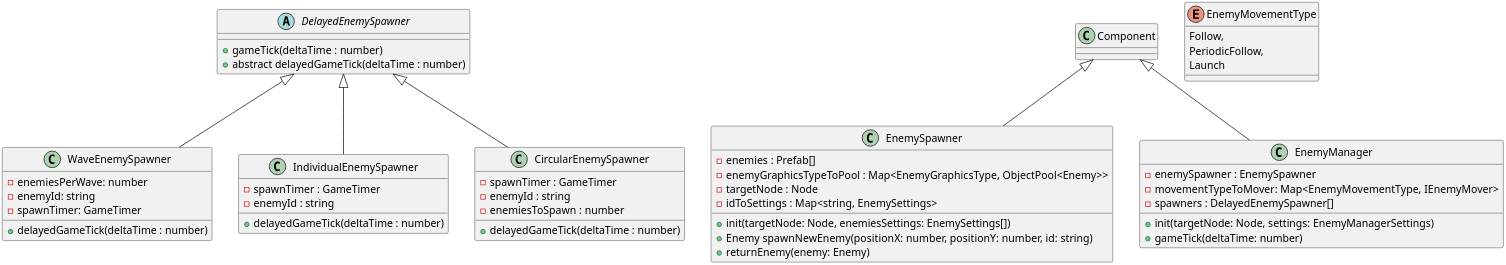
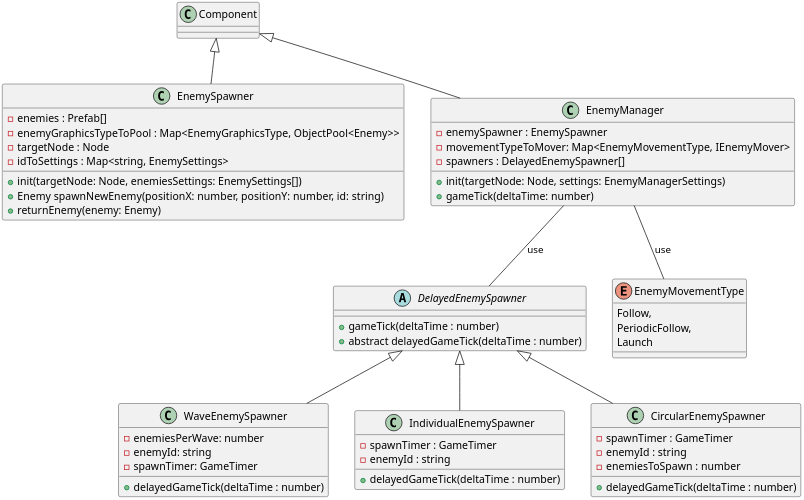
Before and after one commit to CoolJie2001/Slash-The-Hordes: the diagram in documents/docs/Spawner.puml, drawn with PlantUML. The commit also changed 1 other file, not shown here.

```diff
--- a/documents/docs/Spawner.puml
+++ b/documents/docs/Spawner.puml
@@ -1,62 +1,65 @@
-@startuml ProjectileLauncher
+@startuml Spawner
 skinparam dpi 300
 
 abstract class DelayedEnemySpawner {
     +gameTick(deltaTime : number)
     +abstract delayedGameTick(deltaTime : number)
 }
 
 class WaveEnemySpawner {
     -enemiesPerWave: number
     -enemyId: string
     -spawnTimer: GameTimer
     +delayedGameTick(deltaTime : number)
 }
 
 class IndividualEnemySpawner {
     -spawnTimer : GameTimer
     -enemyId : string
     +delayedGameTick(deltaTime : number)
 }
 
 class CircularEnemySpawner {
     -spawnTimer : GameTimer
     -enemyId : string
     -enemiesToSpawn : number
     +delayedGameTick(deltaTime : number)
 }
 
 class EnemySpawner {
     -enemies : Prefab[]
     -enemyGraphicsTypeToPool : Map<EnemyGraphicsType, ObjectPool<Enemy>>
     -targetNode : Node
     -idToSettings : Map<string, EnemySettings>
 
     +init(targetNode: Node, enemiesSettings: EnemySettings[])
     +Enemy spawnNewEnemy(positionX: number, positionY: number, id: string)
     +returnEnemy(enemy: Enemy)
 }
 
 enum EnemyMovementType {
     Follow,
     PeriodicFollow,
     Launch
 }
 
 class EnemyManager {
     -enemySpawner : EnemySpawner
     -movementTypeToMover: Map<EnemyMovementType, IEnemyMover>
     -spawners : DelayedEnemySpawner[]
     +init(targetNode: Node, settings: EnemyManagerSettings)
     +gameTick(deltaTime: number)
 }
 
 
 DelayedEnemySpawner <|-- WaveEnemySpawner
 DelayedEnemySpawner <|-- IndividualEnemySpawner
 DelayedEnemySpawner <|-- CircularEnemySpawner
 
 Component <|-- EnemySpawner
 Component <|-- EnemyManager
 
+EnemyManager -- EnemyMovementType : use
+EnemyManager -- DelayedEnemySpawner : use
+
 @enduml
```
